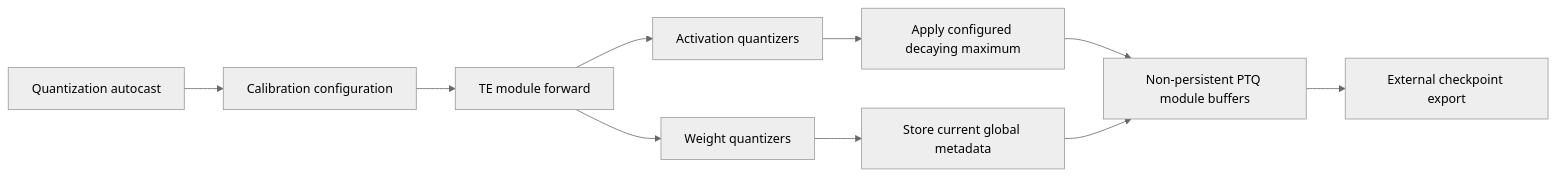
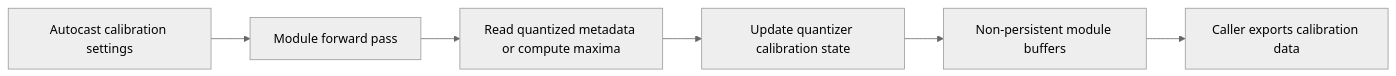
One commit to yuguo-Jack/HCU-TrainFlow changed the diagram in knowledge/projects/transformer-engine/knowledgebase/upstream/prs/NVIDIA--TransformerEngine/PR-3296.md. Above: the diagram before and after it, drawn with Mermaid. The commit also changed other lines of this file and 19088 other files, not shown here.

````diff
--- a/knowledge/projects/transformer-engine/knowledgebase/upstream/prs/NVIDIA--TransformerEngine/PR-3296.md
+++ b/knowledge/projects/transformer-engine/knowledgebase/upstream/prs/NVIDIA--TransformerEngine/PR-3296.md
@@ -300,13 +417,9 @@
 ```mermaid
 %%{init: {'theme': 'neutral'}}%%
 flowchart LR
-  A[Quantization autocast] --> B[Calibration configuration]
-  B --> C[TE module forward]
-  C --> D[Activation quantizers]
-  C --> E[Weight quantizers]
-  D --> F[Apply configured decaying maximum]
-  E --> G[Store current global metadata]
-  F --> H[Non-persistent PTQ module buffers]
-  G --> H
-  H --> I[External checkpoint export]
+  A[Autocast calibration settings] --> B[Module forward pass]
+  B --> C[Read quantized metadata or compute maxima]
+  C --> D[Update quantizer calibration state]
+  D --> E[Non-persistent module buffers]
+  E --> F[Caller exports calibration data]
 ```
````
